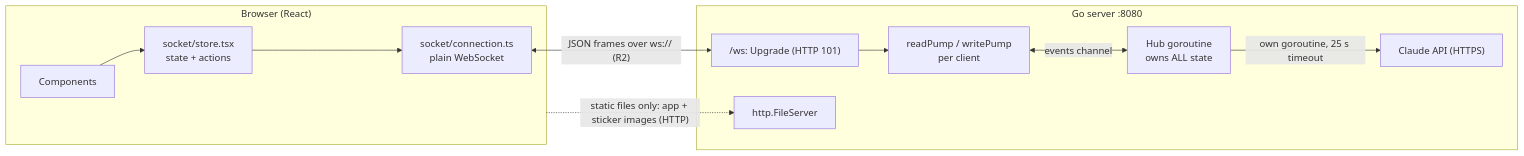
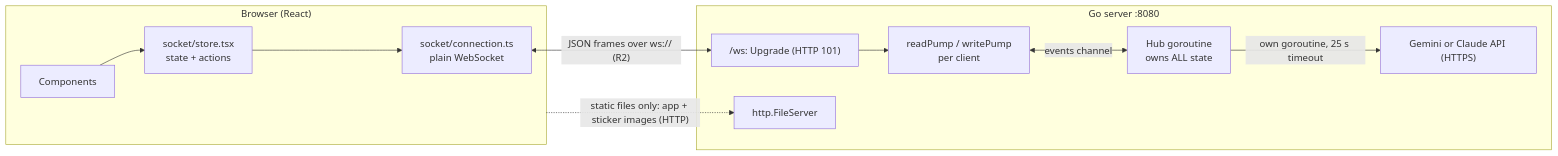
The diagram in docs/ARCHITECTURE.md (Alcanretia/SocketProgramming), drawn with Mermaid before and after one commit. The commit also changed other lines of this file and 4 other files, not shown here.

````diff
--- a/docs/ARCHITECTURE.md
+++ b/docs/ARCHITECTURE.md
@@ -7,15 +7,15 @@
 ```mermaid
 flowchart LR
   subgraph Browser["Browser (React)"]
     UI[Components] --> Store["socket/store.tsx<br/>state + actions"]
     Store --> Conn["socket/connection.ts<br/>plain WebSocket"]
   end
   Conn <-- "JSON frames over ws:// (R2)" --> WS
   Browser -. "static files only: app + sticker images (HTTP)" .-> HTTP
   subgraph Server["Go server :8080"]
     HTTP["http.FileServer"]
     WS["/ws: Upgrade (HTTP 101)"] --> RP["readPump / writePump<br/>per client"]
     RP <-- "events channel" --> Hub["Hub goroutine<br/>owns ALL state"]
-    Hub -- "own goroutine, 25 s timeout" --> LLM["Claude API (HTTPS)"]
+    Hub -- "own goroutine, 25 s timeout" --> LLM["Gemini or Claude API (HTTPS)"]
   end
 ```
````
